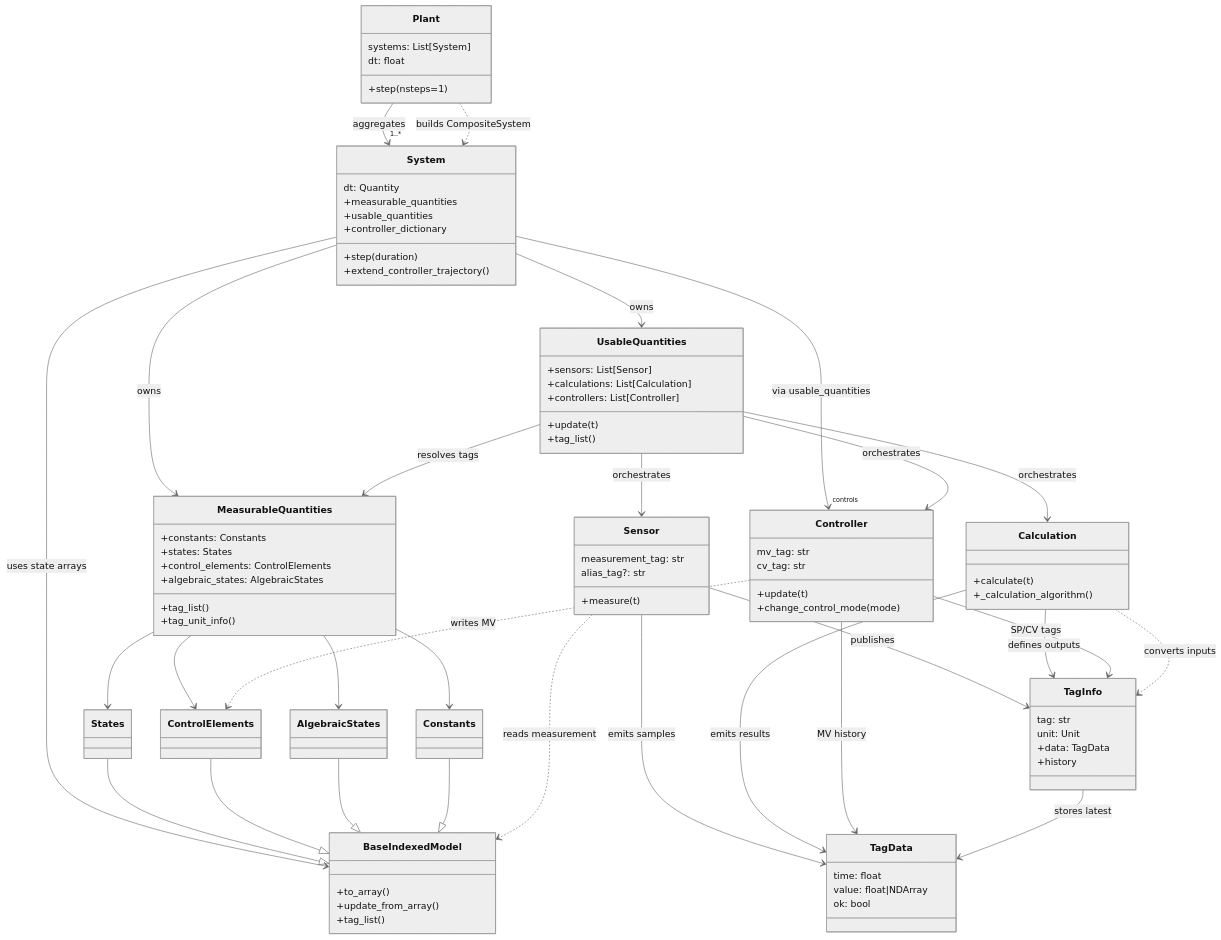
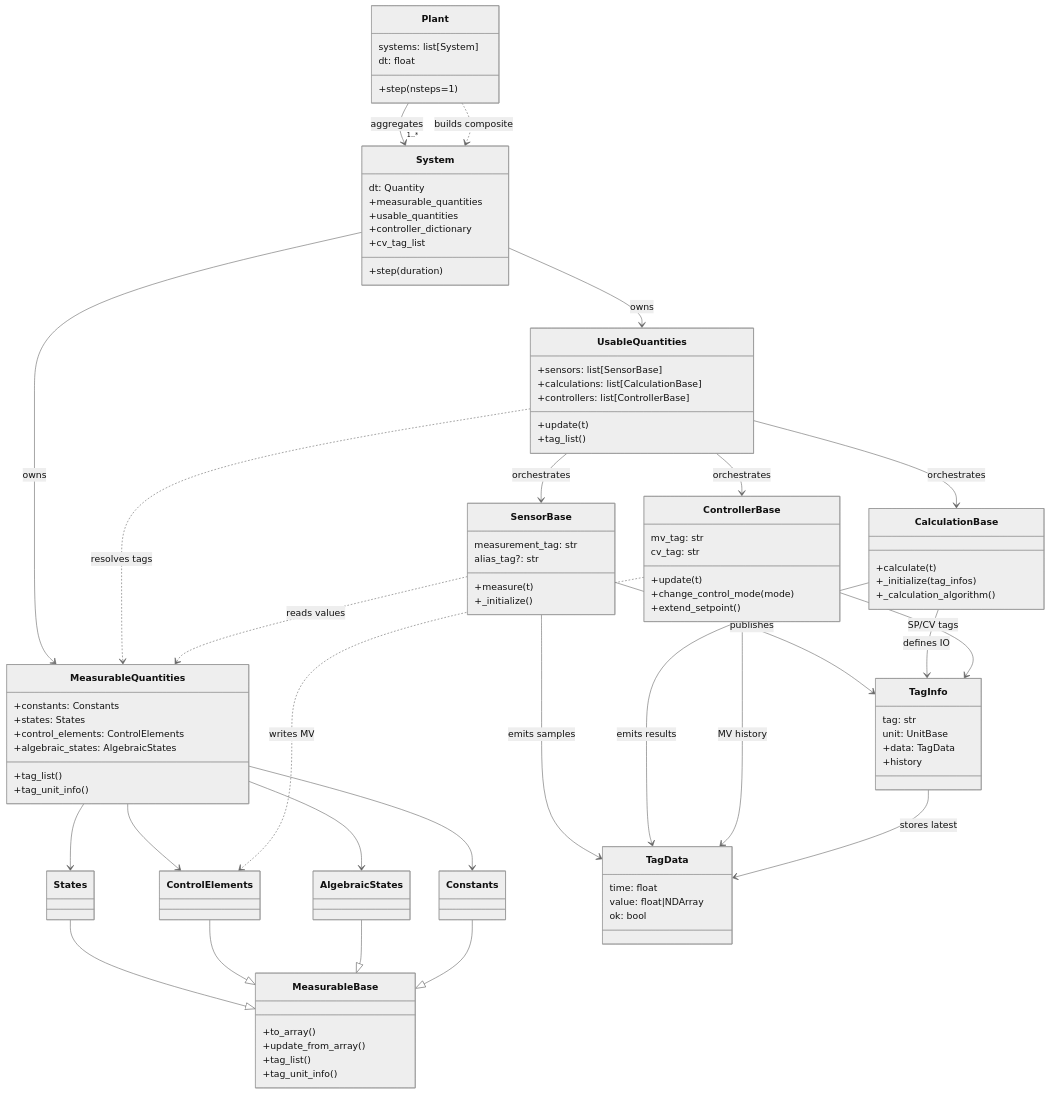
Before and after one commit to Aliuoly/ModularSimulator: the diagram in docs/class_wiring_diagram.md, drawn with Mermaid (neutral theme). The commit also changed other lines of this file, not shown here.

Commit message:
Update class wiring diagram

````diff
--- a/docs/class_wiring_diagram.md
+++ b/docs/class_wiring_diagram.md
@@ -6,7 +6,7 @@
 classDiagram
     direction TB
     class Plant {
-        systems: List[System]
+        systems: list[System]
         dt: float
         +step(nsteps=1)
     }
@@ -15,8 +15,8 @@
         +measurable_quantities
         +usable_quantities
         +step(duration)
-        +extend_controller_trajectory()
         +controller_dictionary
+        +cv_tag_list
     }
     class MeasurableQuantities {
         +constants: Constants
@@ -26,41 +26,45 @@
         +tag_list()
         +tag_unit_info()
     }
-    class UsableQuantities {
-        +sensors: List[Sensor]
-        +calculations: List[Calculation]
-        +controllers: List[Controller]
-        +update(t)
-        +tag_list()
-    }
-    class BaseIndexedModel {
+    class MeasurableBase {
         +to_array()
         +update_from_array()
         +tag_list()
+        +tag_unit_info()
     }
     class States
     class ControlElements
     class AlgebraicStates
     class Constants
 
-    class Sensor {
+    class UsableQuantities {
+        +sensors: list[SensorBase]
+        +calculations: list[CalculationBase]
+        +controllers: list[ControllerBase]
+        +update(t)
+        +tag_list()
+    }
+    class SensorBase {
         measurement_tag: str
         alias_tag?: str
         +measure(t)
+        +_initialize()
     }
-    class Calculation {
+    class CalculationBase {
         +calculate(t)
+        +_initialize(tag_infos)
         +_calculation_algorithm()
     }
-    class Controller {
+    class ControllerBase {
         mv_tag: str
         cv_tag: str
         +update(t)
         +change_control_mode(mode)
+        +extend_setpoint()
     }
     class TagInfo {
         tag: str
-        unit: Unit
+        unit: UnitBase
         +data: TagData
         +history
     }
@@ -71,37 +75,36 @@
     }
 
     Plant --> "1..*" System : aggregates
-    Plant ..> System : builds CompositeSystem
+    Plant ..> System : builds composite
 
     System --> MeasurableQuantities : owns
     System --> UsableQuantities : owns
-    System --> "controls" Controller : via usable_quantities
-    System --> BaseIndexedModel : uses state arrays
 
     MeasurableQuantities --> States
     MeasurableQuantities --> ControlElements
     MeasurableQuantities --> AlgebraicStates
     MeasurableQuantities --> Constants
 
-    States --|> BaseIndexedModel
-    ControlElements --|> BaseIndexedModel
-    AlgebraicStates --|> BaseIndexedModel
-    Constants --|> BaseIndexedModel
+    States --|> MeasurableBase
+    ControlElements --|> MeasurableBase
+    AlgebraicStates --|> MeasurableBase
+    Constants --|> MeasurableBase
 
-    UsableQuantities --> Sensor : orchestrates
-    UsableQuantities --> Calculation : orchestrates
-    UsableQuantities --> Controller : orchestrates
-    UsableQuantities --> MeasurableQuantities : resolves tags
+    UsableQuantities --> SensorBase : orchestrates
+    UsableQuantities --> CalculationBase : orchestrates
+    UsableQuantities --> ControllerBase : orchestrates
+    UsableQuantities ..> MeasurableQuantities : resolves tags
 
-    Sensor --> TagInfo : publishes
-    Sensor --> TagData : emits samples
-    Calculation --> TagInfo : defines outputs
-    Calculation --> TagData : emits results
-    Controller --> TagInfo : SP/CV tags
-    Controller --> TagData : MV history
+    SensorBase --> TagInfo : publishes
+    SensorBase --> TagData : emits samples
+    SensorBase ..> MeasurableQuantities : reads values
+
+    CalculationBase --> TagInfo : defines IO
+    CalculationBase --> TagData : emits results
+
+    ControllerBase --> TagInfo : SP/CV tags
+    ControllerBase --> TagData : MV history
+    ControllerBase ..> ControlElements : writes MV
+
     TagInfo --> TagData : stores latest
-
-    Controller ..> ControlElements : writes MV
-    Sensor ..> BaseIndexedModel : reads measurement
-    Calculation ..> TagInfo : converts inputs
 ```
````
